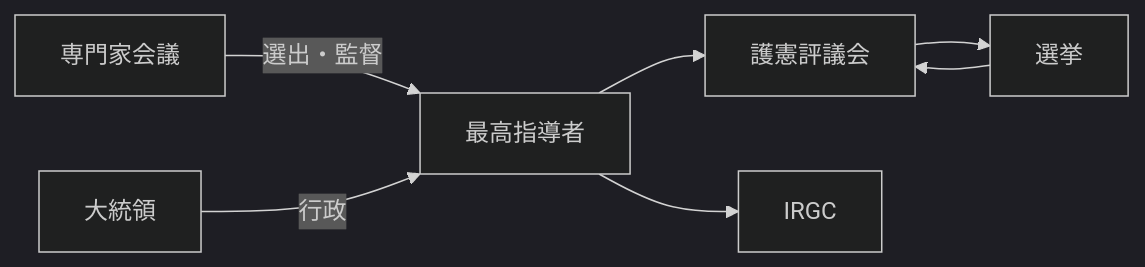
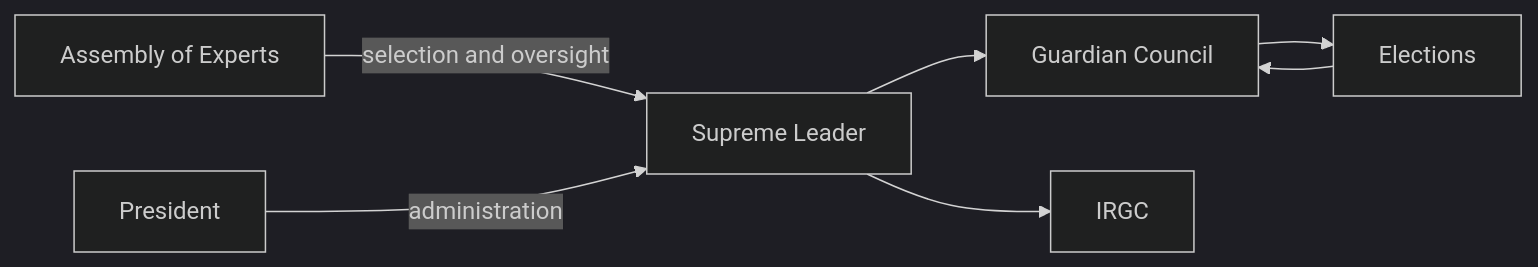
Before and after one commit to daylight55/research: the third of 3 diagrams in content/blog/en/khomeini-to-khamenei-transition.mdx, drawn with Mermaid (dark theme). The commit also changed other lines of this file and 26 other files, not shown here.

Commit message:
Translate English Mermaid labels

````diff
--- a/content/blog/en/khomeini-to-khamenei-transition.mdx
+++ b/content/blog/en/khomeini-to-khamenei-transition.mdx
@@ -91,16 +91,16 @@
 ```mermaid
 flowchart LR
-    SL["最高指導者"]
-    EXP["専門家会議"]
-    GC["護憲評議会"]
+    SL["Supreme Leader"]
+    EXP["Assembly of Experts"]
+    GC["Guardian Council"]
     IRGC["IRGC"]
-    PRS["大統領"]
-    ELEC["選挙"]
+    PRS["President"]
+    ELEC["Elections"]
 
-    EXP -->|選出・監督| SL
+    EXP -->|selection and oversight| SL
     SL --> GC
     SL --> IRGC
     ELEC --> GC
-    PRS -->|行政| SL
+    PRS -->|administration| SL
     GC --> ELEC
 ```
````
